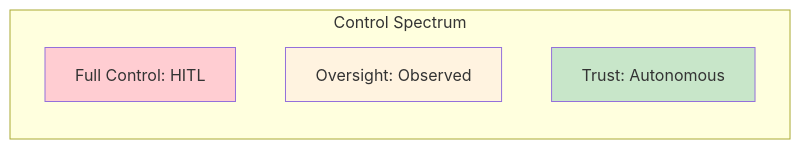
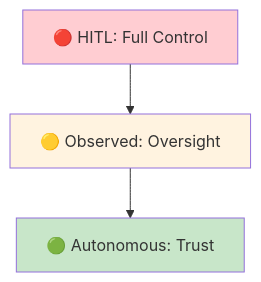
One commit to TheBushidoCollective/han changed the third of 6 diagrams in website/content/papers/ai-dlc-2026/runbooks/adoption/organizational-adoption.md. Above: the diagram before and after it, drawn with Mermaid. The commit also changed other lines of this file and 21 other files, not shown here.

First line of the commit message:
fix(website): convert all AI-DLC runbook Mermaid diagrams to TB layout

````diff
--- a/website/content/papers/ai-dlc-2026/runbooks/adoption/organizational-adoption.md
+++ b/website/content/papers/ai-dlc-2026/runbooks/adoption/organizational-adoption.md
@@ -102,13 +98,10 @@
 ```mermaid
-flowchart LR
-    subgraph Spectrum["Control Spectrum"]
-        direction TB
-        S1[Full Control: HITL]
-        S2[Oversight: Observed]
-        S3[Trust: Autonomous]
-    end
+flowchart TB
+    S1[🔴 HITL: Full Control]
+    S1 --> S2[🟡 Observed: Oversight]
+    S2 --> S3[🟢 Autonomous: Trust]
 
     style S1 fill:#ffcdd2
     style S2 fill:#fff3e0
     style S3 fill:#c8e6c9
 ```
````
